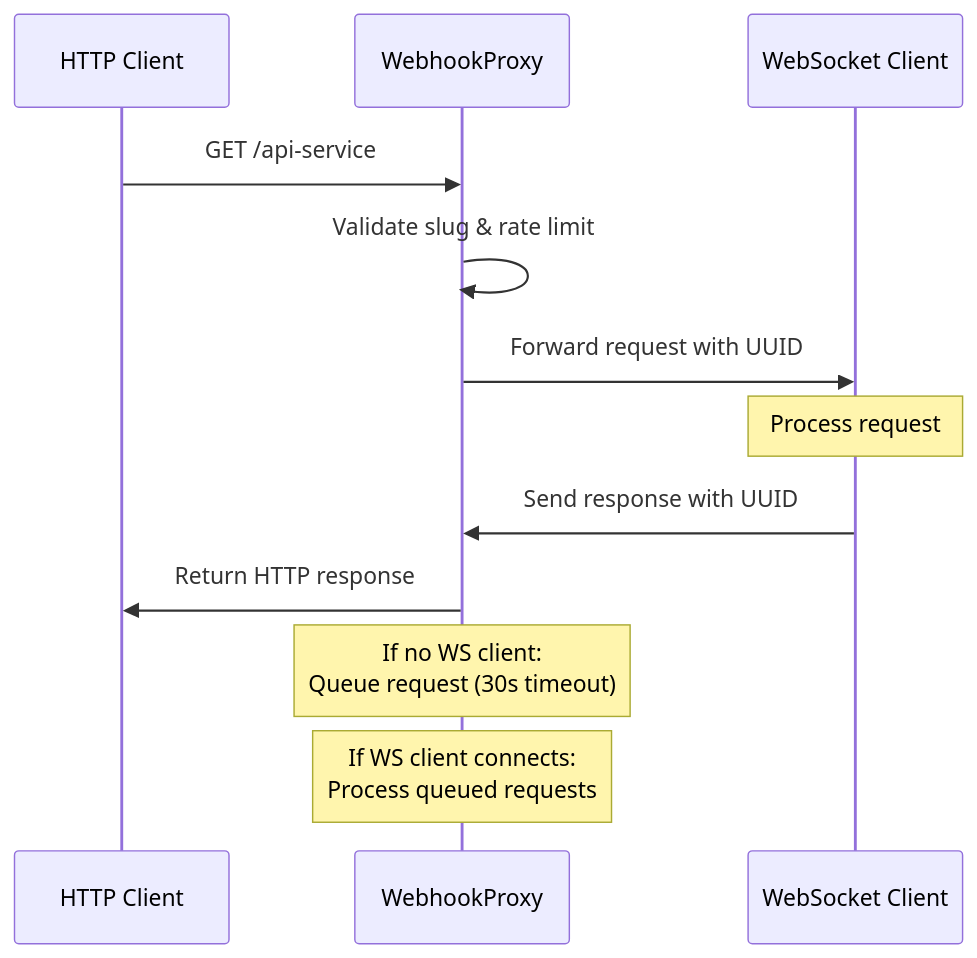
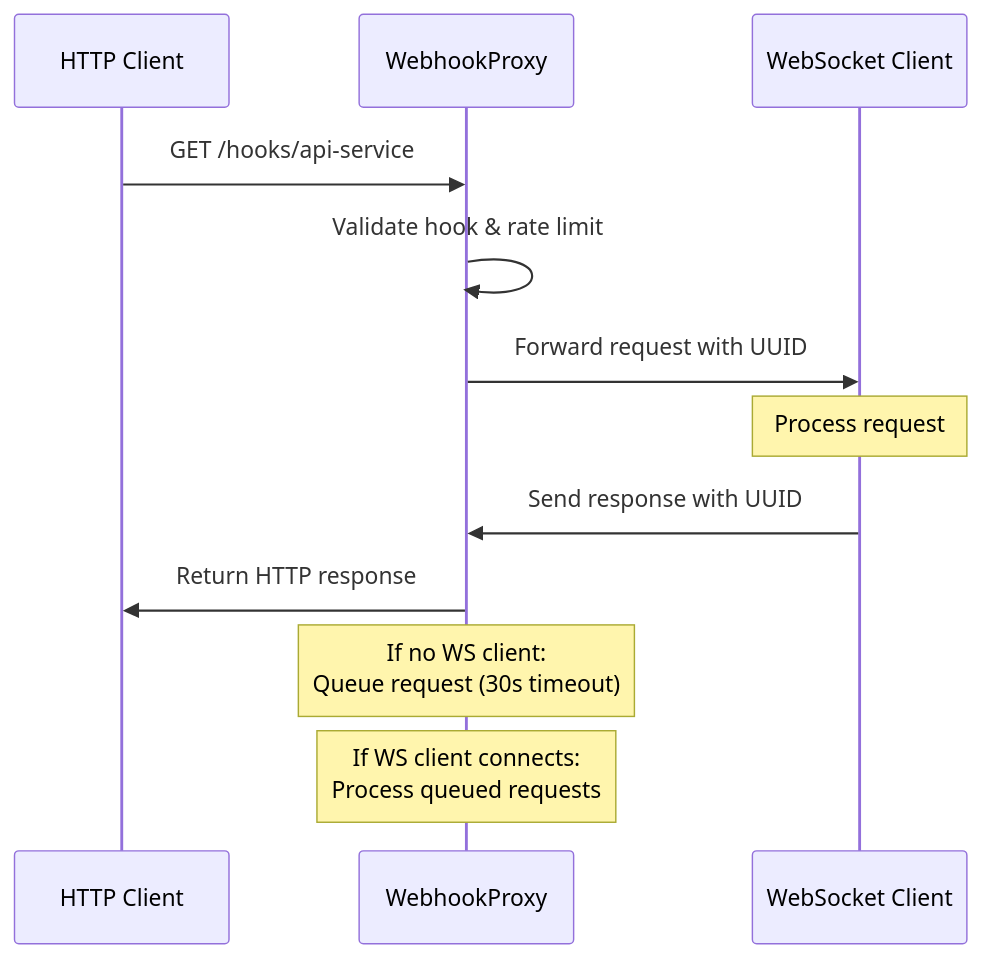
Before and after one commit to jabcom/webhookproxy: the second of 2 diagrams in README.md, drawn with Mermaid. The commit also changed other lines of this file and 3 other files, not shown here.

Commit message:
Refactor webhook handling in WebhookProxy to use a consistent URL structure. Update request processing to validate hook names and improve error handling. Enhance documentation and status page to reflect new webhook endpoint format.

````diff
--- a/README.md
+++ b/README.md
@@ -37,16 +37,16 @@
 ```mermaid
 sequenceDiagram
     participant C as HTTP Client
     participant P as WebhookProxy
     participant WS as WebSocket Client
     
-    C->>P: GET /api-service
-    P->>P: Validate slug & rate limit
+    C->>P: GET /hooks/api-service
+    P->>P: Validate hook & rate limit
     P->>WS: Forward request with UUID
     Note over WS: Process request
     WS->>P: Send response with UUID
     P->>C: Return HTTP response
     
     Note over P: If no WS client:<br/>Queue request (30s timeout)
     Note over P: If WS client connects:<br/>Process queued requests
 ```
````
